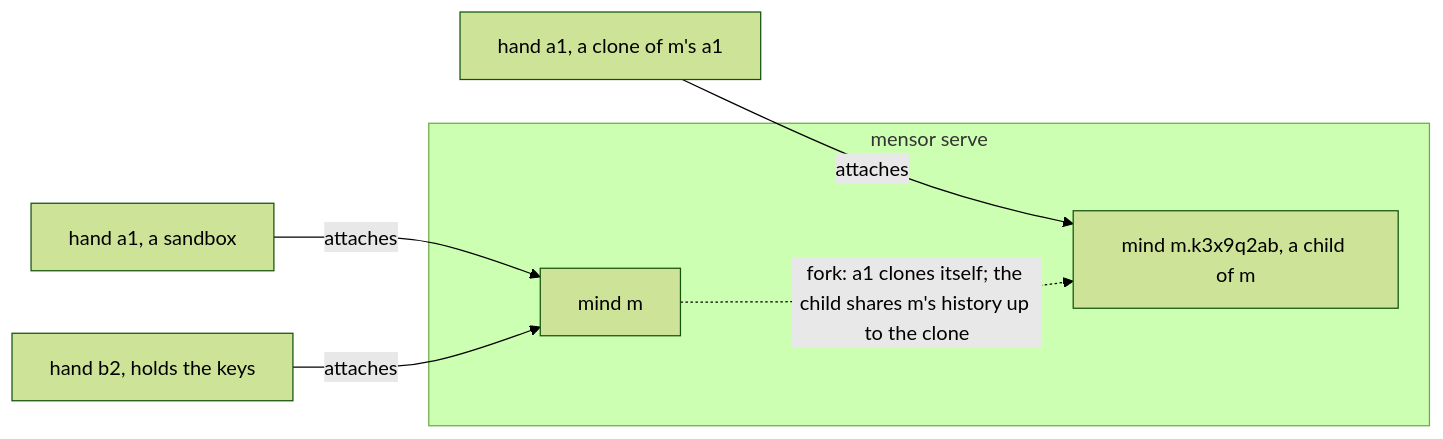
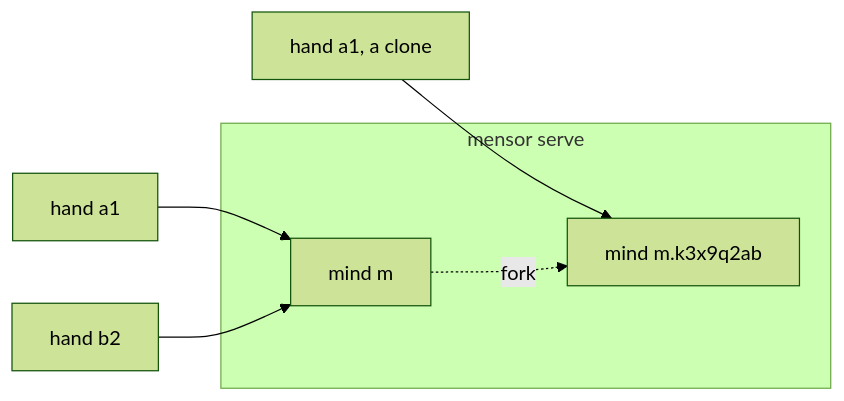
Before and after one commit to Savid/mensor: the diagram in README.md, drawn with Mermaid (forest theme). The commit also changed other lines of this file and 4 other files, not shown here.

````diff
--- a/README.md
+++ b/README.md
@@ -16,11 +18,11 @@
 ```mermaid
 flowchart LR
   subgraph host["mensor serve"]
     M["mind m"]
-    C["mind m.k3x9q2ab, a child of m"]
+    C["mind m.k3x9q2ab"]
   end
-  a1["hand a1, a sandbox"] -- attaches --> M
-  b2["hand b2, holds the keys"] -- attaches --> M
-  a1c["hand a1, a clone of m's a1"] -- attaches --> C
-  M -. "fork: a1 clones itself; the child shares m's history up to the clone" .-> C
+  a1["hand a1"] --> M
+  b2["hand b2"] --> M
+  a1c["hand a1, a clone"] --> C
+  M -. "fork" .-> C
 ```
````
